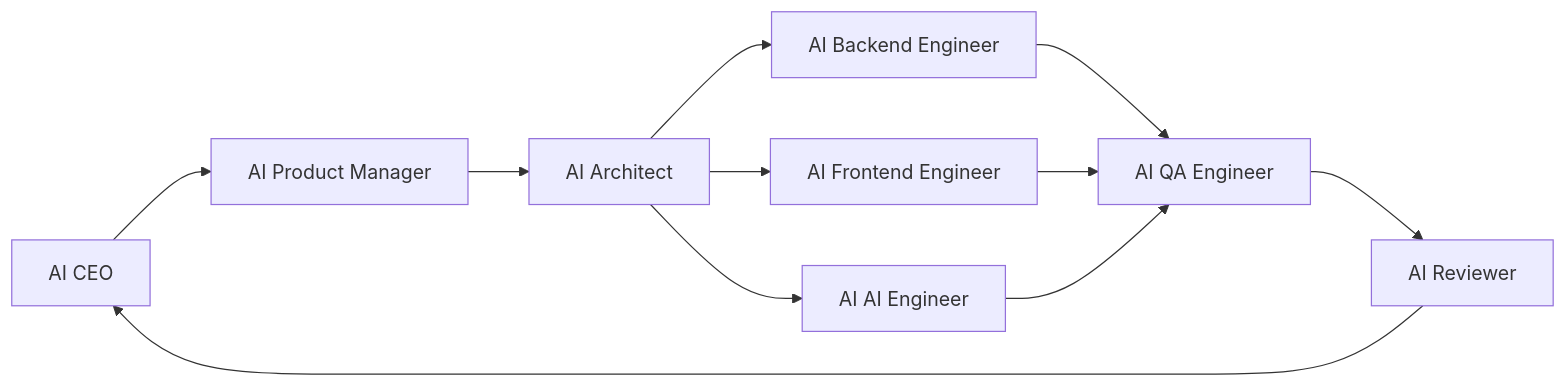
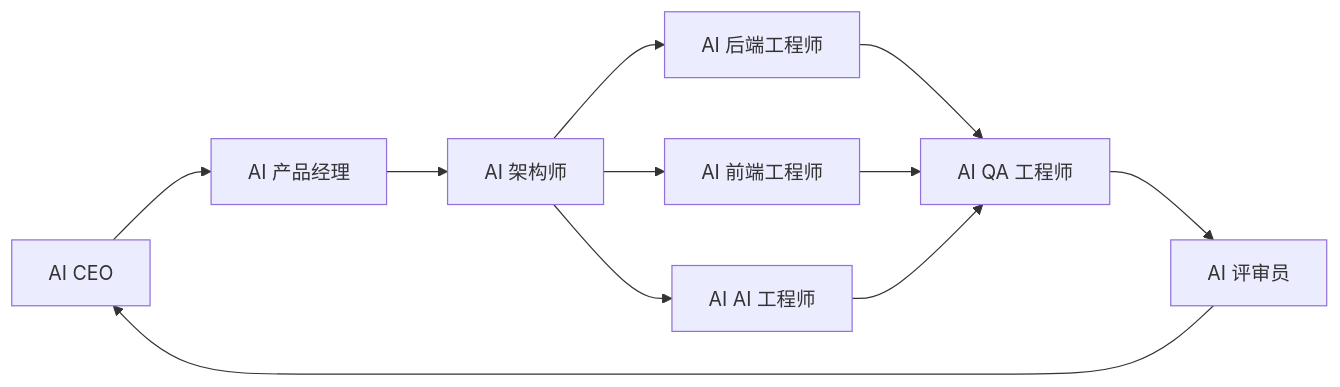
One commit to LeapMaCoder/ai-engineer-os changed the diagram in docs/07_Development/AI_Team_Roles.md. Above: the diagram before and after it, drawn with Mermaid. The commit also changed other lines of this file and 75 other files, not shown here.

````diff
--- a/docs/07_Development/AI_Team_Roles.md
+++ b/docs/07_Development/AI_Team_Roles.md
@@ -21,13 +23,13 @@
 ```mermaid
 flowchart LR
-  CEO[AI CEO] --> PM[AI Product Manager]
-  PM --> ARCH[AI Architect]
-  ARCH --> BE[AI Backend Engineer]
-  ARCH --> FE[AI Frontend Engineer]
-  ARCH --> AIE[AI AI Engineer]
-  BE --> QA[AI QA Engineer]
+  CEO[AI CEO] --> PM[AI 产品经理]
+  PM --> ARCH[AI 架构师]
+  ARCH --> BE[AI 后端工程师]
+  ARCH --> FE[AI 前端工程师]
+  ARCH --> AIE[AI AI 工程师]
+  BE --> QA[AI QA 工程师]
   FE --> QA
   AIE --> QA
-  QA --> REV[AI Reviewer]
+  QA --> REV[AI 评审员]
   REV --> CEO
 ```
````
